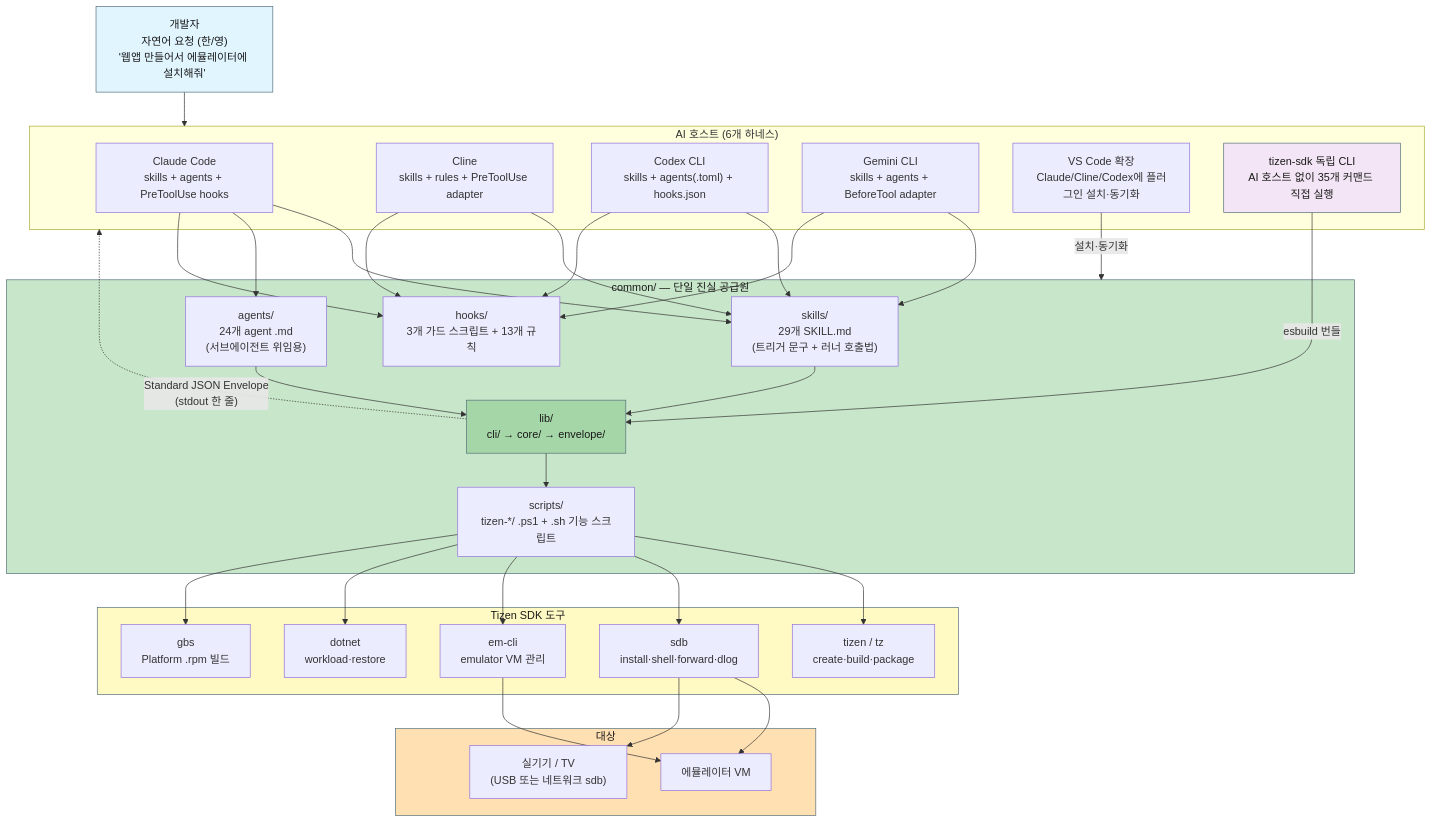
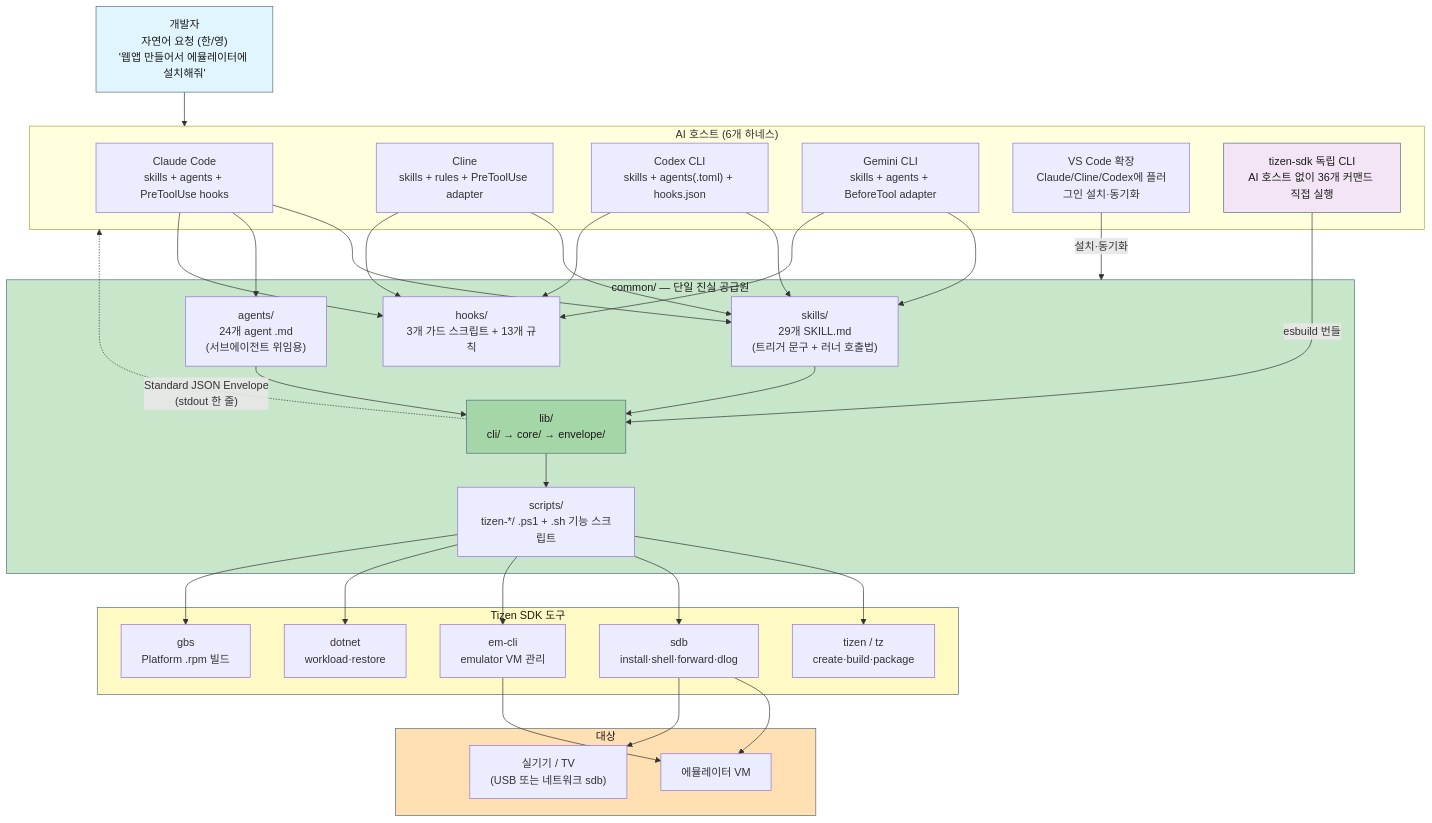
Before and after one commit to Samsung/tizen-agent-skills: the first of 10 diagrams in tizen-sdk-skills/docs/ARCHITECTURE_DIAGRAMS.md, drawn with Mermaid. The commit also changed other lines of this file and 40 other files, not shown here.

First line of the commit message:
feat(tizen-sdk-skills): manage several Tizen platform versions side by side

````diff
--- a/tizen-sdk-skills/docs/ARCHITECTURE_DIAGRAMS.md
+++ b/tizen-sdk-skills/docs/ARCHITECTURE_DIAGRAMS.md
@@ -15,55 +15,55 @@
 ```mermaid
 graph TB
     USER["개발자<br/>자연어 요청 (한/영)<br/>'웹앱 만들어서 에뮬레이터에 설치해줘'"]
 
     subgraph HOSTS["AI 호스트 (6개 하네스)"]
         CLAUDE["Claude Code<br/>skills + agents + PreToolUse hooks"]
         CLINE["Cline<br/>skills + rules + PreToolUse adapter"]
         CODEX["Codex CLI<br/>skills + agents(.toml) + hooks.json"]
         GEMINI["Gemini CLI<br/>skills + agents + BeforeTool adapter"]
         VSCODE["VS Code 확장<br/>Claude/Cline/Codex에 플러그인 설치·동기화"]
-        CLI["tizen-sdk 독립 CLI<br/>AI 호스트 없이 35개 커맨드 직접 실행"]
+        CLI["tizen-sdk 독립 CLI<br/>AI 호스트 없이 36개 커맨드 직접 실행"]
     end
 
     subgraph COMMON["common/ — 단일 진실 공급원"]
         SKILLS["skills/<br/>29개 SKILL.md<br/>(트리거 문구 + 러너 호출법)"]
         AGENTS["agents/<br/>24개 agent .md<br/>(서브에이전트 위임용)"]
         HOOKS["hooks/<br/>3개 가드 스크립트 + 13개 규칙"]
         LIB["lib/<br/>cli/ → core/ → envelope/"]
         SCRIPTS["scripts/<br/>tizen-*/ .ps1 + .sh 기능 스크립트"]
     end
 
     subgraph SDK["Tizen SDK 도구"]
         TZ["tizen / tz<br/>create·build·package"]
         SDB["sdb<br/>install·shell·forward·dlog"]
         EMCLI["em-cli<br/>emulator VM 관리"]
         DOTNET["dotnet<br/>workload·restore"]
         GBS["gbs<br/>Platform .rpm 빌드"]
     end
 
     subgraph TARGET["대상"]
         EMU["에뮬레이터 VM"]
         DEV["실기기 / TV<br/>(USB 또는 네트워크 sdb)"]
     end
 
     USER --> HOSTS
     CLAUDE & CLINE & CODEX & GEMINI --> SKILLS
     CLAUDE --> AGENTS
     CLAUDE & CLINE & CODEX & GEMINI --> HOOKS
     VSCODE -->|"설치·동기화"| COMMON
     SKILLS --> LIB
     AGENTS --> LIB
     CLI -->|"esbuild 번들"| LIB
     LIB --> SCRIPTS
     SCRIPTS --> TZ & SDB & EMCLI & DOTNET & GBS
     SDB --> EMU & DEV
     EMCLI --> EMU
     LIB -.->|"Standard JSON Envelope<br/>(stdout 한 줄)"| HOSTS
 
     style USER fill:#e1f5fe,stroke:#546e7a,color:#1a1a1a
     style COMMON fill:#c8e6c9,stroke:#546e7a,color:#1a1a1a
     style LIB fill:#a5d6a7,stroke:#546e7a,color:#1a1a1a
     style SDK fill:#fff9c4,stroke:#546e7a,color:#1a1a1a
     style TARGET fill:#ffe0b2,stroke:#546e7a,color:#1a1a1a
     style CLI fill:#f3e5f5,stroke:#546e7a,color:#1a1a1a
 ```
````
